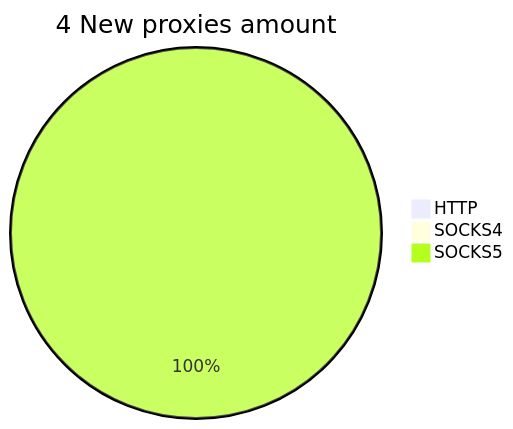
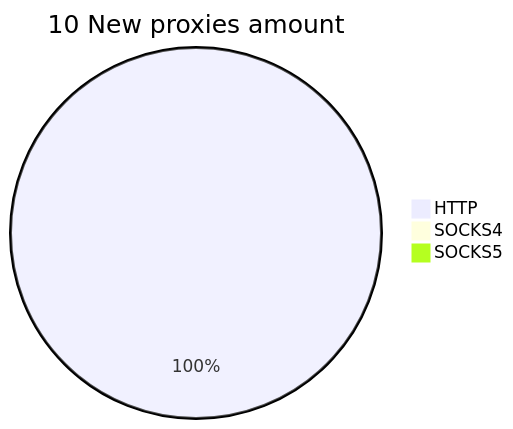
One commit to cutipu/proxylist changed the second of 2 diagrams in README.md. Above: the diagram before and after it, drawn with Mermaid. The commit also changed other lines of this file, not shown here.

````diff
--- a/README.md
+++ b/README.md
@@ -10,6 +10,6 @@
 ```mermaid
-pie title 4 New proxies amount
-    "HTTP" : 0
+pie title 10 New proxies amount
+    "HTTP" : 11
     "SOCKS4" : 0
-    "SOCKS5" : 4
+    "SOCKS5" : 0
 ```
````
